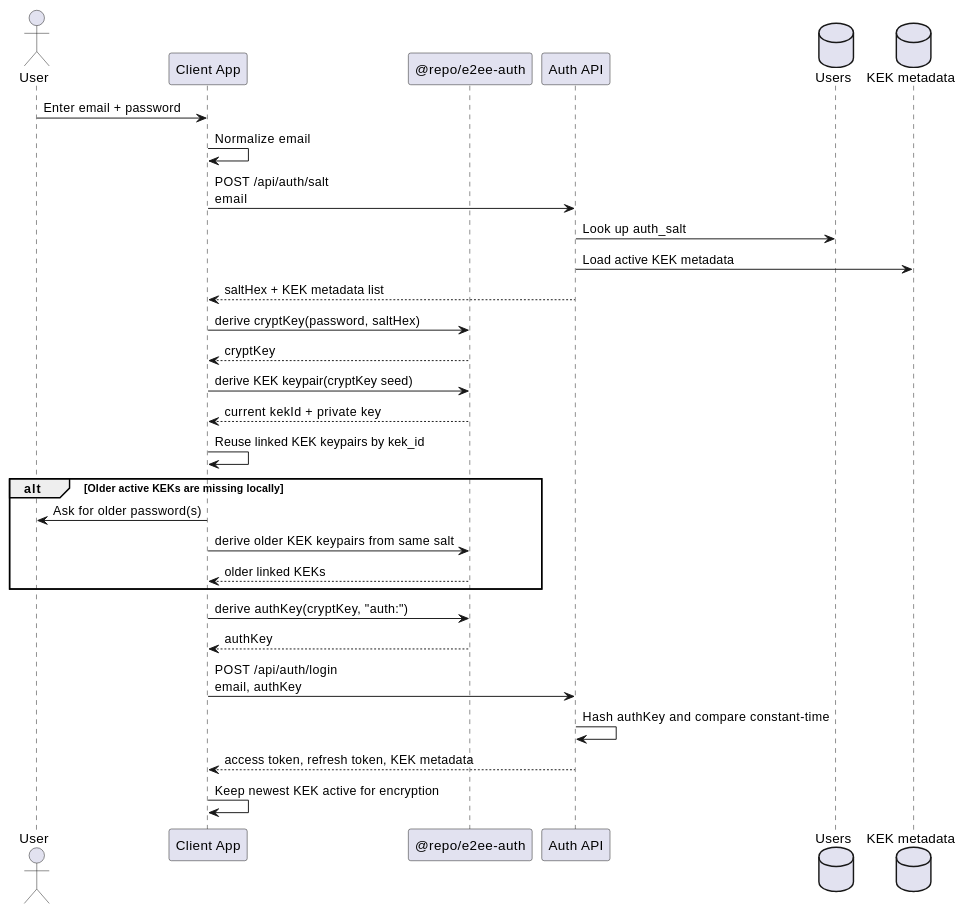
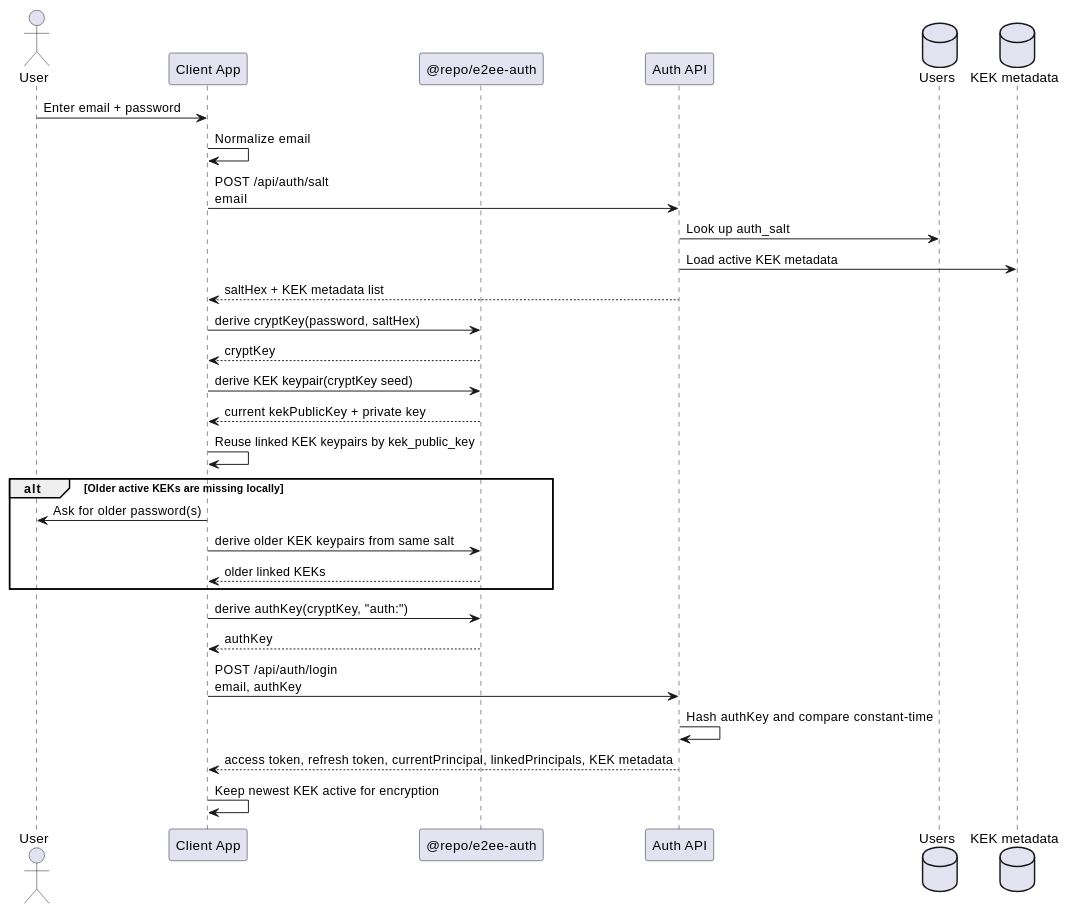
One commit to benedikt-weyer/preset-reactnative-expo-frontend-rust-backend-e2ee-github changed the second of 2 diagrams in apps/docs/docs/auth-authentication.md. Above: the diagram before and after it, drawn with PlantUML. The commit also changed other lines of this file and 27 other files, not shown here.

````diff
--- a/apps/docs/docs/auth-authentication.md
+++ b/apps/docs/docs/auth-authentication.md
@@ -71,35 +71,35 @@
 ```plantuml format="svg_inline" alt="Login sequence" title="Login sequence"
 @startuml
 skinparam shadowing false
 
 actor User
 participant "Client App" as Client
 participant "@repo/e2ee-auth" as Shared
 participant "Auth API" as Api
 database "Users" as Users
 database "KEK metadata" as KekMeta
 
 User -> Client: Enter email + password
 Client -> Client: Normalize email
 Client -> Api: POST /api/auth/salt\nemail
 Api -> Users: Look up auth_salt
 Api -> KekMeta: Load active KEK metadata
 Api --> Client: saltHex + KEK metadata list
 Client -> Shared: derive cryptKey(password, saltHex)
 Shared --> Client: cryptKey
 Client -> Shared: derive KEK keypair(cryptKey seed)
-Shared --> Client: current kekId + private key
-Client -> Client: Reuse linked KEK keypairs by kek_id
+Shared --> Client: current kekPublicKey + private key
+Client -> Client: Reuse linked KEK keypairs by kek_public_key
 alt Older active KEKs are missing locally
   Client -> User: Ask for older password(s)
   Client -> Shared: derive older KEK keypairs from same salt
   Shared --> Client: older linked KEKs
 end
 Client -> Shared: derive authKey(cryptKey, "auth:")
 Shared --> Client: authKey
 Client -> Api: POST /api/auth/login\nemail, authKey
 Api -> Api: Hash authKey and compare constant-time
-Api --> Client: access token, refresh token, KEK metadata
+Api --> Client: access token, refresh token, currentPrincipal, linkedPrincipals, KEK metadata
 Client -> Client: Keep newest KEK active for encryption
 @enduml
 ```
````
